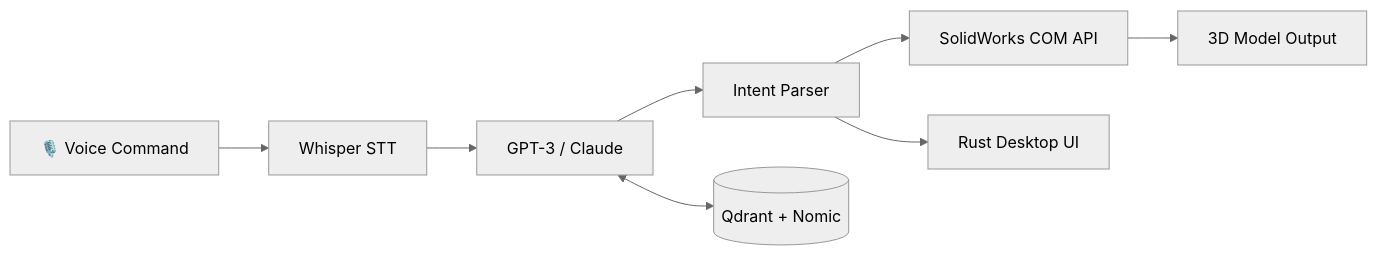
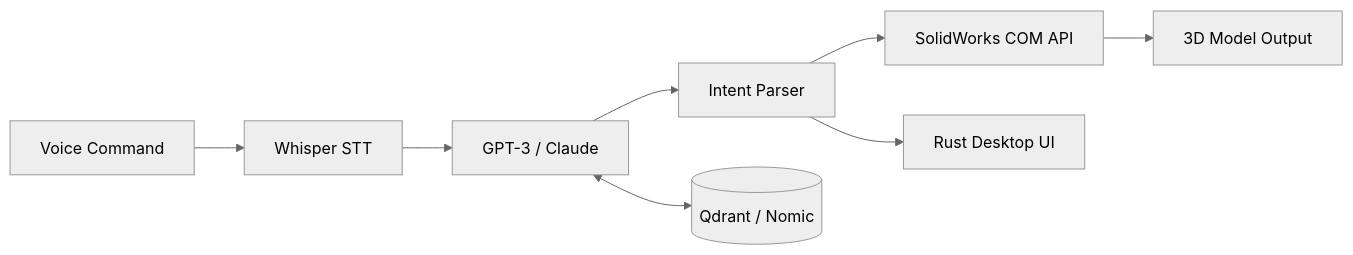
Before and after one commit to dawarazhar11/dawarazhar11: the seventh of 8 diagrams in README.md, drawn with Mermaid (neutral theme). The commit also changed other lines of this file, not shown here.

Commit message:
Fix Mermaid diagrams: quote labels, remove emojis, replace & joins

````diff
--- a/README.md
+++ b/README.md
@@ -283,10 +293,10 @@
 ```mermaid
 graph LR
-    A[🎙️ Voice Command] --> B[Whisper STT]
-    B --> C[GPT-3 / Claude]
-    C --> D[Intent Parser]
-    D --> E[SolidWorks COM API]
-    C <--> F[(Qdrant + Nomic)]
-    E --> G[3D Model Output]
-    D --> H[Rust Desktop UI]
+    A["Voice Command"] --> B["Whisper STT"]
+    B --> C["GPT-3 / Claude"]
+    C --> D["Intent Parser"]
+    D --> E["SolidWorks COM API"]
+    C <--> F[("Qdrant / Nomic")]
+    E --> G["3D Model Output"]
+    D --> H["Rust Desktop UI"]
 ```
````
